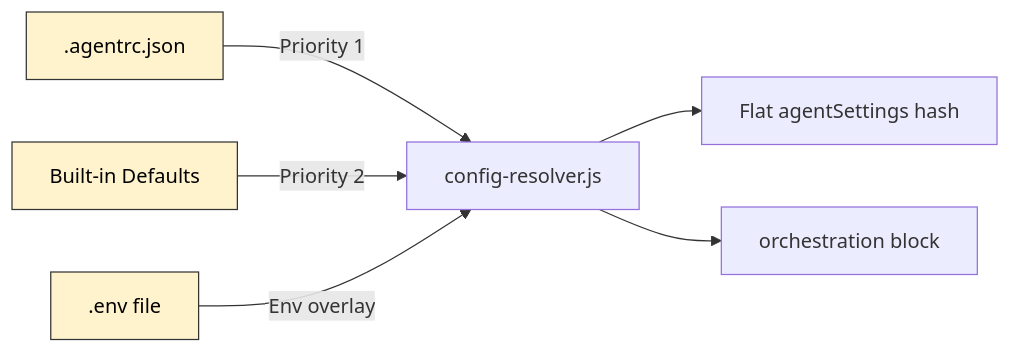
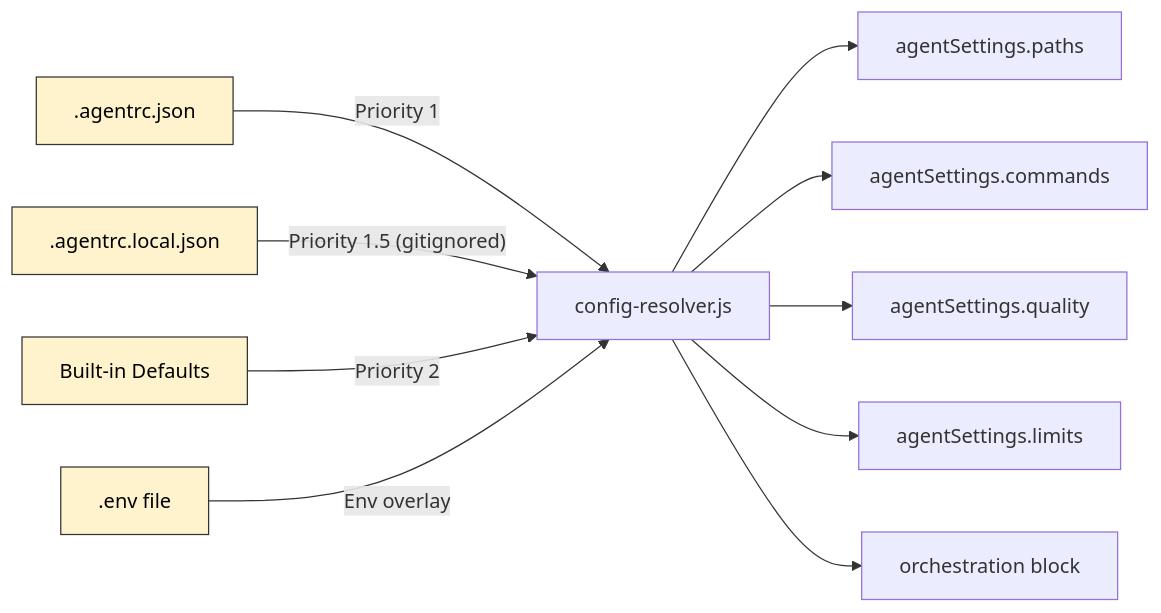
Before and after one commit to dsj1984/agent-protocols: the sixth of 8 diagrams in docs/architecture.md, drawn with Mermaid. The commit also changed other lines of this file and 5 other files, not shown here.

````diff
--- a/docs/architecture.md
+++ b/docs/architecture.md
@@ -469,10 +470,14 @@
 ```mermaid
 graph LR
     classDef cfg fill:#fff3cd,stroke:#333,color:#000
 
     A[".agentrc.json"]:::cfg -->|"Priority 1"| R["config-resolver.js"]
+    L[".agentrc.local.json"]:::cfg -->|"Priority 1.5 (gitignored)"| R
     B["Built-in Defaults"]:::cfg -->|"Priority 2"| R
     C[".env file"]:::cfg -->|"Env overlay"| R
-    R --> S["Flat agentSettings hash"]
+    R --> P["agentSettings.paths"]
+    R --> CMD["agentSettings.commands"]
+    R --> Q["agentSettings.quality"]
+    R --> LM["agentSettings.limits"]
     R --> O["orchestration block"]
 ```
````
